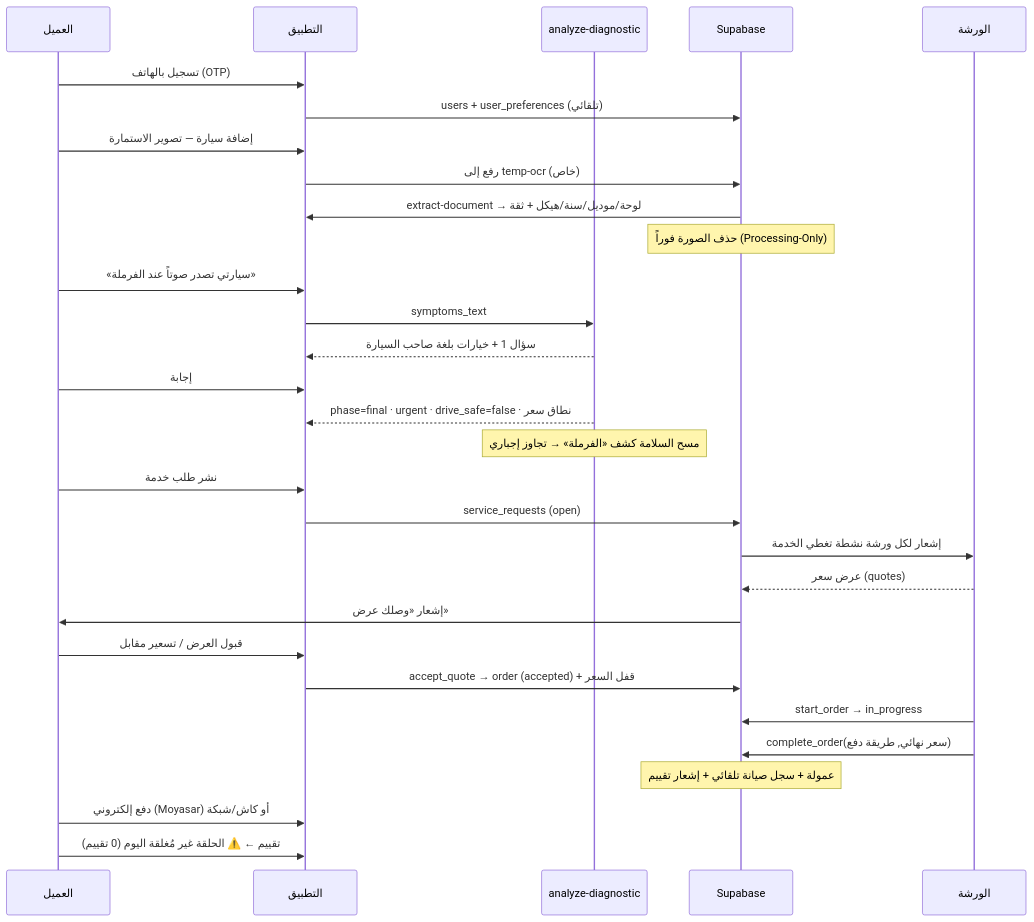
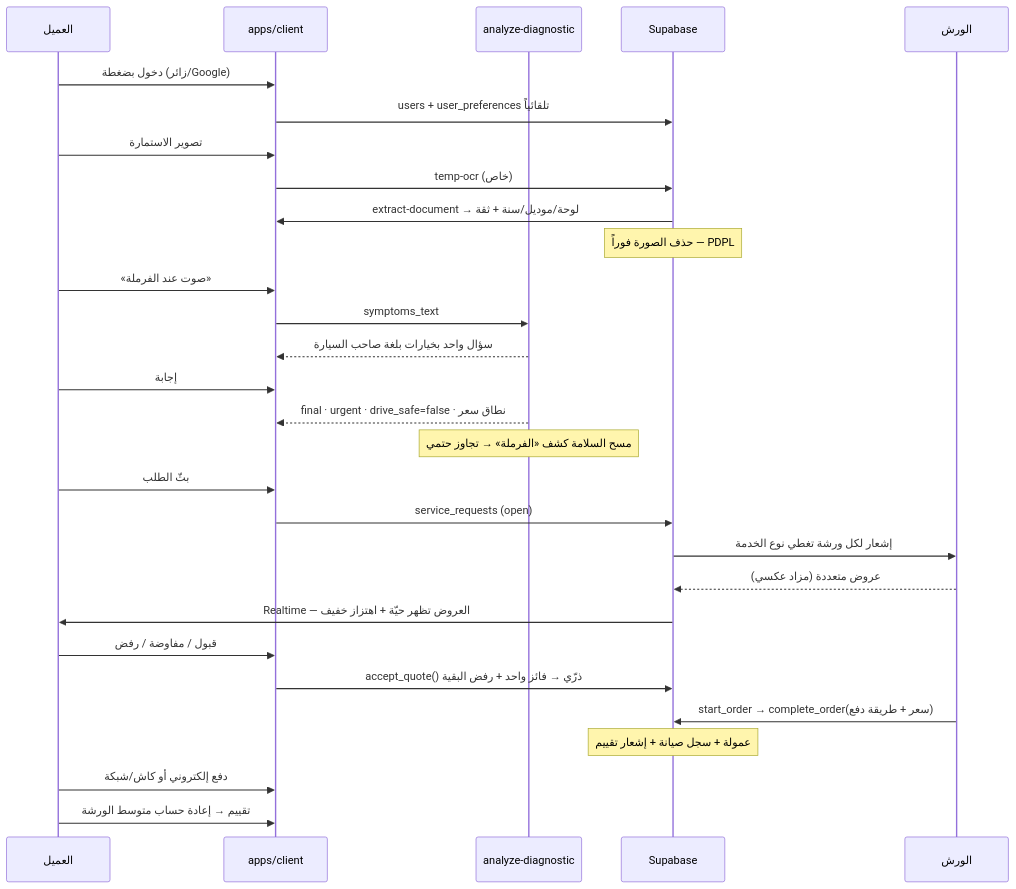
Before and after one commit to livecarksa/ALA: the third of 3 diagrams in docs/AUTO_LIVE_BRIEF.md, drawn with Mermaid. The commit also changed other lines of this file, not shown here.

````diff
--- a/docs/AUTO_LIVE_BRIEF.md
+++ b/docs/AUTO_LIVE_BRIEF.md
@@ -358,33 +331,32 @@
 ```mermaid
 sequenceDiagram
     participant C as العميل
-    participant App as التطبيق
+    participant App as apps/client
     participant AI as analyze-diagnostic
     participant DB as Supabase
-    participant W as الورشة
+    participant W as الورش
 
-    C->>App: تسجيل بالهاتف (OTP)
-    App->>DB: users + user_preferences (تلقائي)
-    C->>App: إضافة سيارة — تصوير الاستمارة
-    App->>DB: رفع إلى temp-ocr (خاص)
-    DB->>App: extract-document → لوحة/موديل/سنة/هيكل + ثقة
-    Note over DB: حذف الصورة فوراً (Processing-Only)
-    C->>App: «سيارتي تصدر صوتاً عند الفرملة»
+    C->>App: دخول بضغطة (زائر/Google)
+    App->>DB: users + user_preferences تلقائياً
+    C->>App: تصوير الاستمارة
+    App->>DB: temp-ocr (خاص)
+    DB->>App: extract-document → لوحة/موديل/سنة + ثقة
+    Note over DB: حذف الصورة فوراً — PDPL
+    C->>App: «صوت عند الفرملة»
     App->>AI: symptoms_text
-    AI-->>App: سؤال 1 + خيارات بلغة صاحب السيارة
+    AI-->>App: سؤال واحد بخيارات بلغة صاحب السيارة
     C->>App: إجابة
-    AI-->>App: phase=final · urgent · drive_safe=false · نطاق سعر
-    Note over AI: مسح السلامة كشف «الفرملة» → تجاوز إجباري
-    C->>App: نشر طلب خدمة
+    AI-->>App: final · urgent · drive_safe=false · نطاق سعر
+    Note over AI: مسح السلامة كشف «الفرملة» → تجاوز حتمي
+    C->>App: بثّ الطلب
     App->>DB: service_requests (open)
-    DB->>W: إشعار لكل ورشة نشطة تغطي الخدمة
-    W-->>DB: عرض سعر (quotes)
-    DB->>C: إشعار «وصلك عرض»
-    C->>App: قبول العرض / تسعير مقابل
-    App->>DB: accept_quote → order (accepted) + قفل السعر
-    W->>DB: start_order → in_progress
-    W->>DB: complete_order(سعر نهائي, طريقة دفع)
-    Note over DB: عمولة + سجل صيانة تلقائي + إشعار تقييم
-    C->>App: دفع إلكتروني (Moyasar) أو كاش/شبكة
-    C->>App: تقييم ← ⚠️ الحلقة غير مُغلقة اليوم (0 تقييم)
+    DB->>W: إشعار لكل ورشة تغطي نوع الخدمة
+    W-->>DB: عروض متعددة (مزاد عكسي)
+    DB->>C: Realtime — العروض تظهر حيّة + اهتزاز خفيف
+    C->>App: قبول / مفاوضة / رفض
+    App->>DB: accept_quote() ذرّي → فائز واحد + رفض البقية
+    W->>DB: start_order → complete_order(سعر + طريقة دفع)
+    Note over DB: عمولة + سجل صيانة + إشعار تقييم
+    C->>App: دفع إلكتروني أو كاش/شبكة
+    C->>App: تقييم → إعادة حساب متوسط الورشة
 ```
````
